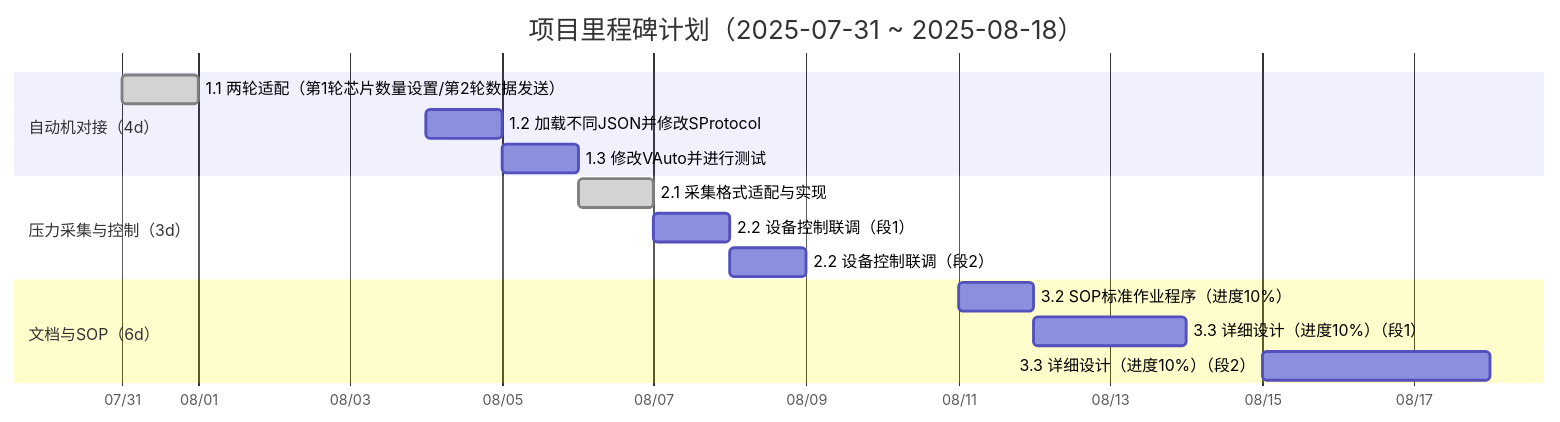
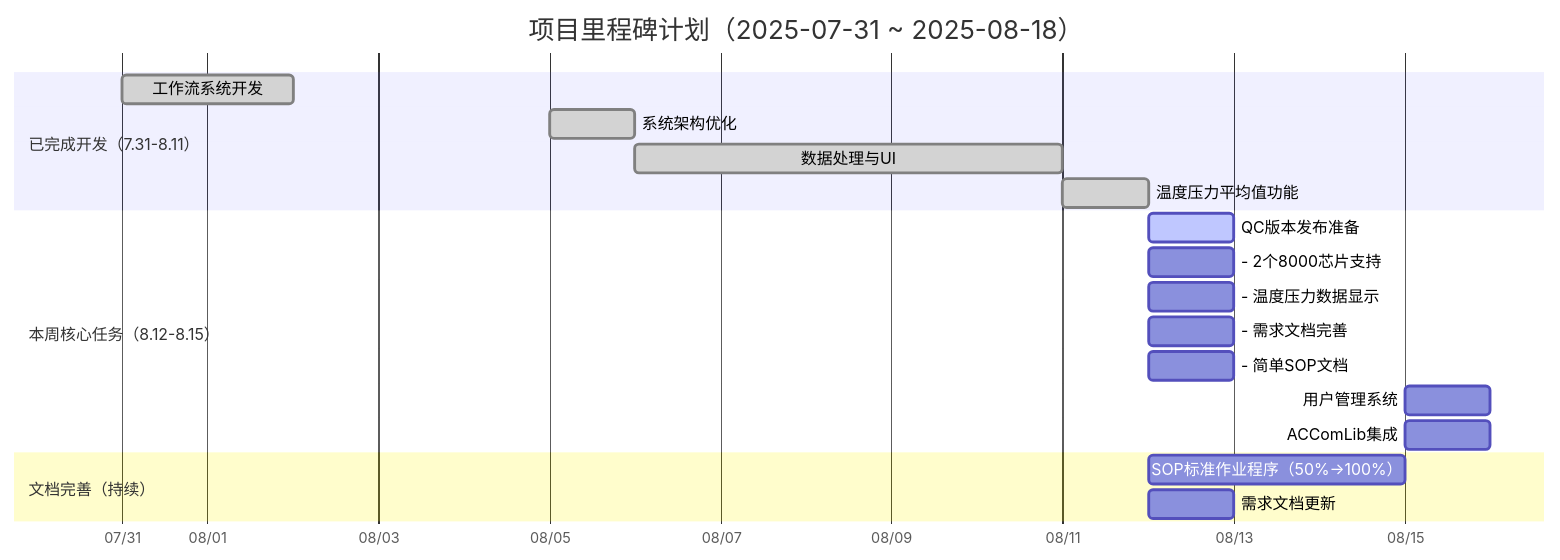
Before and after one commit to onecoin9/Constantine-projects: the diagram in docs/progress/augustMind.md, drawn with Mermaid. The commit also changed other lines of this file and 50 other files, not shown here.

````diff
--- a/docs/progress/augustMind.md
+++ b/docs/progress/augustMind.md
@@ -160,21 +158,26 @@
 ```mermaid
 gantt
     title 项目里程碑计划（2025-07-31 ~ 2025-08-18）
     dateFormat  YYYY-MM-DD
     axisFormat  %m/%d
 
-    section 自动机对接（4d）
-    1.1 两轮适配（第1轮芯片数量设置/第2轮数据发送） :done, des1, 2025-07-31, 2025-08-01
-    1.2 加载不同JSON并修改SProtocol              : des2, 2025-08-04, 1d
-    1.3 修改VAuto并进行测试                       : des3, 2025-08-05, 1d
+    section 已完成开发（7.31-8.11）
+    工作流系统开发                               :done, dev1, 2025-07-31, 2025-08-02
+    系统架构优化                                :done, dev2, 2025-08-05, 2025-08-06
+    数据处理与UI                                :done, dev3, 2025-08-06, 2025-08-11
+    温度压力平均值功能                           :done, dev4, 2025-08-11, 1d
 
-    section 压力采集与控制（3d）
-    2.1 采集格式适配与实现                        :done, des4, 2025-08-06, 1d
-    2.2 设备控制联调（段1）                       : des5, 2025-08-07, 1d
-    2.2 设备控制联调（段2）                       : des6, 2025-08-08, 1d
+    section 本周核心任务（8.12-8.15）
+    QC版本发布准备                              :active, qc1, 2025-08-12, 1d
+    - 2个8000芯片支持                           :qc2, 2025-08-12, 1d
+    - 温度压力数据显示                           :qc3, 2025-08-12, 1d
+    - 需求文档完善                              :qc4, 2025-08-12, 1d
+    - 简单SOP文档                               :qc5, 2025-08-12, 1d
+  
+    用户管理系统                                :task1, 2025-08-15, 1d
+    ACComLib集成                               :task2, 2025-08-15, 1d
 
-    section 文档与SOP（6d）
-    3.2 SOP标准作业程序（进度10%）                : des7, 2025-08-11, 1d
-    3.3 详细设计（进度10%）（段1）                 : des8, 2025-08-12, 2025-08-14
-    3.3 详细设计（进度10%）（段2）                 : des9, 2025-08-15, 2025-08-18
+    section 文档完善（持续）
+    SOP标准作业程序（50%→100%）                  :doc1, 2025-08-12, 2025-08-15
+    需求文档更新                                :doc2, 2025-08-12, 2025-08-13
 ```
````
